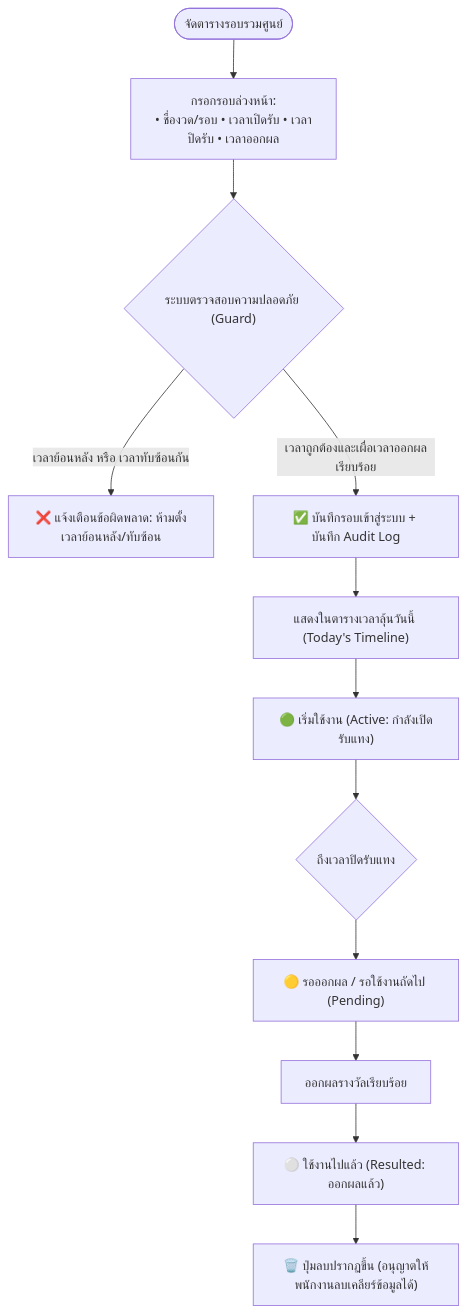
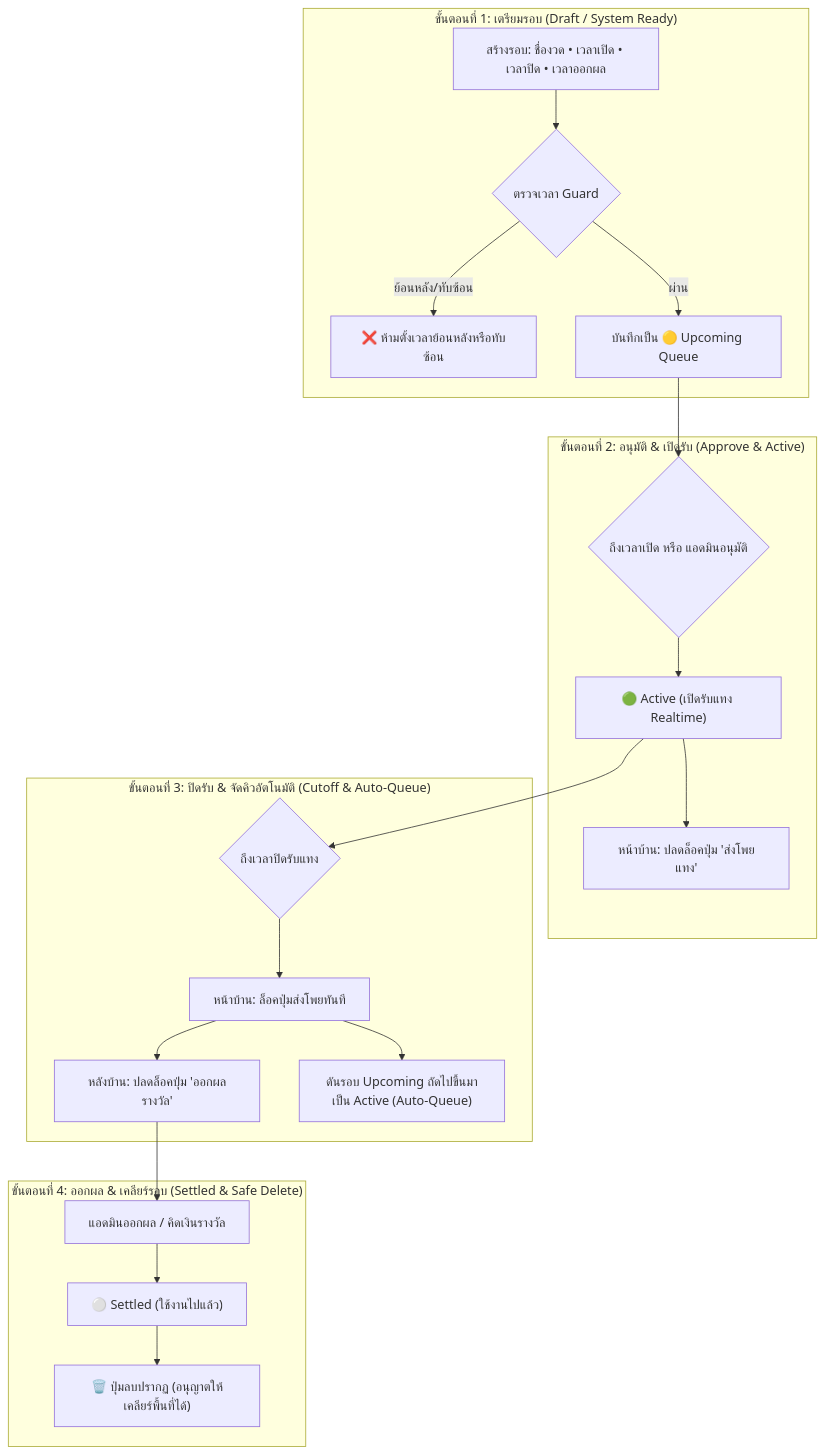
Before and after one commit to ninekau0907151987/-ak88-lotto: the second of 7 diagrams in LOTTERY_CORE_SYSTEM_ARCHITECTURE_DOC.md, drawn with Mermaid. The commit also changed other lines of this file and 2 other files, not shown here.

Commit message:
docs & core: update architecture doc v2.6, filter Yeekee to 12 types, and align risk monitor with hand-drawn blueprint

````diff
--- a/LOTTERY_CORE_SYSTEM_ARCHITECTURE_DOC.md
+++ b/LOTTERY_CORE_SYSTEM_ARCHITECTURE_DOC.md
@@ -95,18 +109,27 @@
 ```mermaid
 flowchart TD
-    SchedulerStart(["จัดตารางรอบรวมศูนย์"]) --> SetupForm["กรอกรอบล่วงหน้า:<br/>• ชื่องวด/รอบ • เวลาเปิดรับ • เวลาปิดรับ • เวลาออกผล"]
-    SetupForm --> TimeValidation{"ระบบตรวจสอบความปลอดภัย (Guard)"}
+    subgraph Step1["ขั้นตอนที่ 1: เตรียมรอบ (Draft / System Ready)"]
+        CreateRound["สร้างรอบ: ชื่องวด • เวลาเปิด • เวลาปิด • เวลาออกผล"] --> TimeGuard{"ตรวจเวลา Guard"}
+        TimeGuard -- "ย้อนหลัง/ทับซ้อน" --> ErrorMsg["❌ ห้ามตั้งเวลาย้อนหลังหรือทับซ้อน"]
+        TimeGuard -- "ผ่าน" --> SaveUpcoming["บันทึกเป็น 🟡 Upcoming Queue"]
+    end
 
-    TimeValidation -- "เวลาย้อนหลัง หรือ เวลาทับซ้อนกัน" --> RejectSetup["❌ แจ้งเตือนข้อผิดพลาด: ห้ามตั้งเวลาย้อนหลัง/ทับซ้อน"]
-    TimeValidation -- "เวลาถูกต้องและเผื่อเวลาออกผลเรียบร้อย" --> SaveRound["✅ บันทึกรอบเข้าสู่ระบบ + บันทึก Audit Log"]
+    subgraph Step2["ขั้นตอนที่ 2: อนุมัติ & เปิดรับ (Approve & Active)"]
+        SaveUpcoming --> TriggerOpen{"ถึงเวลาเปิด หรือ แอดมินอนุมัติ"}
+        TriggerOpen --> ActiveState["🟢 Active (เปิดรับแทง Realtime)"]
+        ActiveState --> FrontendUnlock["หน้าบ้าน: ปลดล็อคปุ่ม 'ส่งโพยแทง'"]
+    end
 
-    SaveRound --> ShowTimeline["แสดงในตารางเวลาลุ้นวันนี้ (Today's Timeline)"]
+    subgraph Step3["ขั้นตอนที่ 3: ปิดรับ & จัดคิวอัตโนมัติ (Cutoff & Auto-Queue)"]
+        ActiveState --> CutoffEvent{"ถึงเวลาปิดรับแทง"}
+        CutoffEvent --> LockBetting["หน้าบ้าน: ล็อคปุ่มส่งโพยทันที"]
+        LockBetting --> UnlockDraw["หลังบ้าน: ปลดล็อคปุ่ม 'ออกผลรางวัล'"]
+        LockBetting --> PushNext["ดันรอบ Upcoming ถัดไปขึ้นมาเป็น Active (Auto-Queue)"]
+    end
 
-    ShowTimeline --> State1["🟢 เริ่มใช้งาน (Active: กำลังเปิดรับแทง)"]
-    State1 --> WaitCutoff{"ถึงเวลาปิดรับแทง"}
-    WaitCutoff --> State2["🟡 รอออกผล / รอใช้งานถัดไป (Pending)"]
-    State2 --> DoResult["ออกผลรางวัลเรียบร้อย"]
-    DoResult --> State3["⚪ ใช้งานไปแล้ว (Resulted: ออกผลแล้ว)"]
-
-    State3 --> DeletePermitted["🗑️ ปุ่มลบปรากฏขึ้น (อนุญาตให้พนักงานลบเคลียร์ข้อมูลได้)"]
+    subgraph Step4["ขั้นตอนที่ 4: ออกผล & เคลียร์รอบ (Settled & Safe Delete)"]
+        UnlockDraw --> SettleResult["แอดมินออกผล / คิดเงินรางวัล"]
+        SettleResult --> SettledState["⚪ Settled (ใช้งานไปแล้ว)"]
+        SettledState --> AllowDelete["🗑️ ปุ่มลบปรากฏ (อนุญาตให้เคลียร์พื้นที่ได้)"]
+    end
 ```
````
